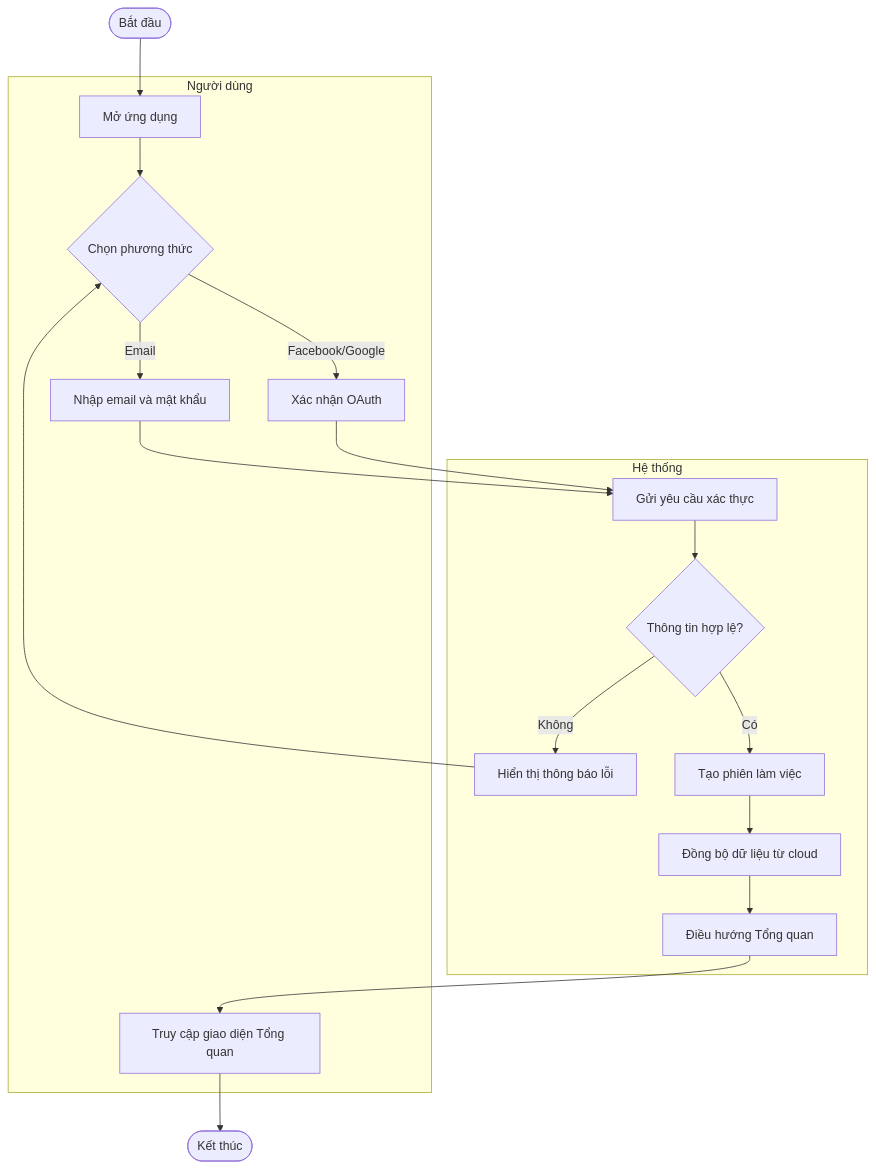
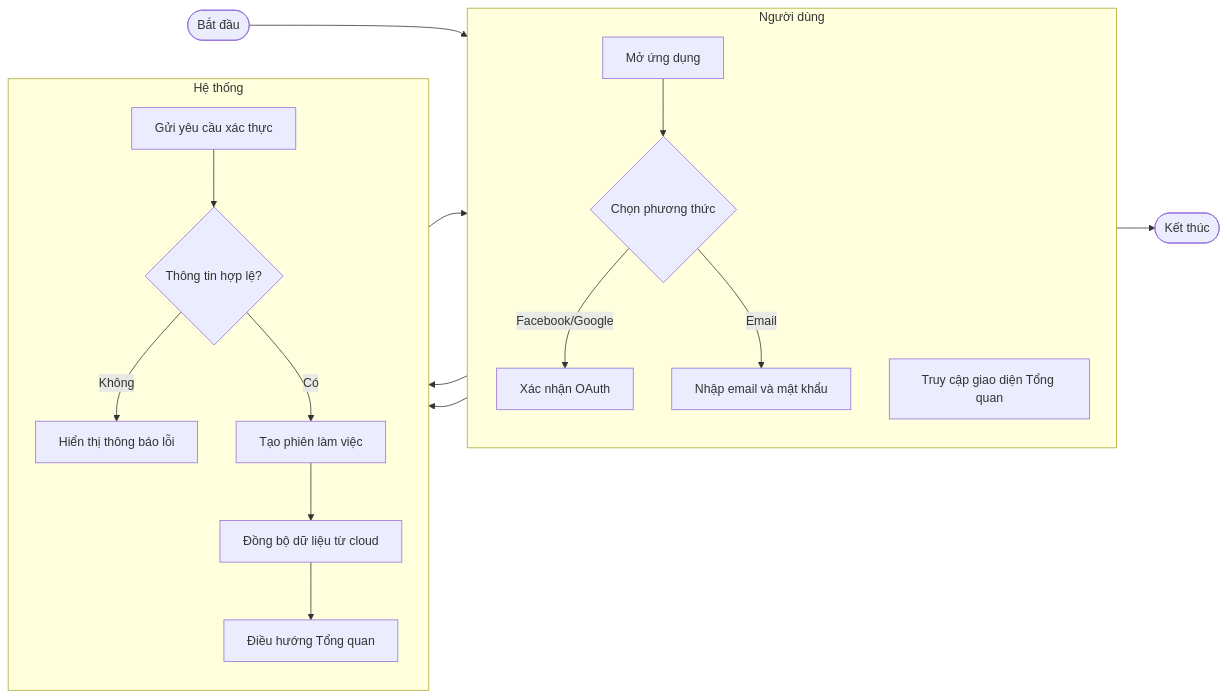
The second of 10 diagrams in Nghiên cứu MISA MoneyKeeper.md (Hieu-vn/Graduation-Thesis), drawn with Mermaid before and after one commit. The commit also changed other lines of this file, not shown here.

````diff
--- a/Nghiên cứu MISA MoneyKeeper.md
+++ b/Nghiên cứu MISA MoneyKeeper.md
@@ -90,37 +92,39 @@
 ```mermaid
-flowchart TD
+flowchart LR
     A([Bắt đầu])
 
     subgraph NguoiDung["Người dùng"]
+        direction TB
         B[Mở ứng dụng]
         C{Chọn phương thức}
         D[Xác nhận OAuth]
         E[Nhập email và mật khẩu]
         J[Truy cập giao diện Tổng quan]
     end
 
     subgraph HeThong["Hệ thống"]
+        direction TB
         F[Gửi yêu cầu xác thực]
         G{Thông tin hợp lệ?}
         H[Hiển thị thông báo lỗi]
         I[Tạo phiên làm việc]
         I2[Đồng bộ dữ liệu từ cloud]
         I3[Điều hướng Tổng quan]
     end
 
     K([Kết thúc])
 
     A --> B
     B --> C
     C -->|Facebook/Google| D
     C -->|Email| E
     D --> F
     E --> F
     F --> G
-    G -->|Không| H --> C
+    G -->|Không| H
     G -->|Có| I
     I --> I2
     I2 --> I3
     I3 --> J
     J --> K
 ```
````
